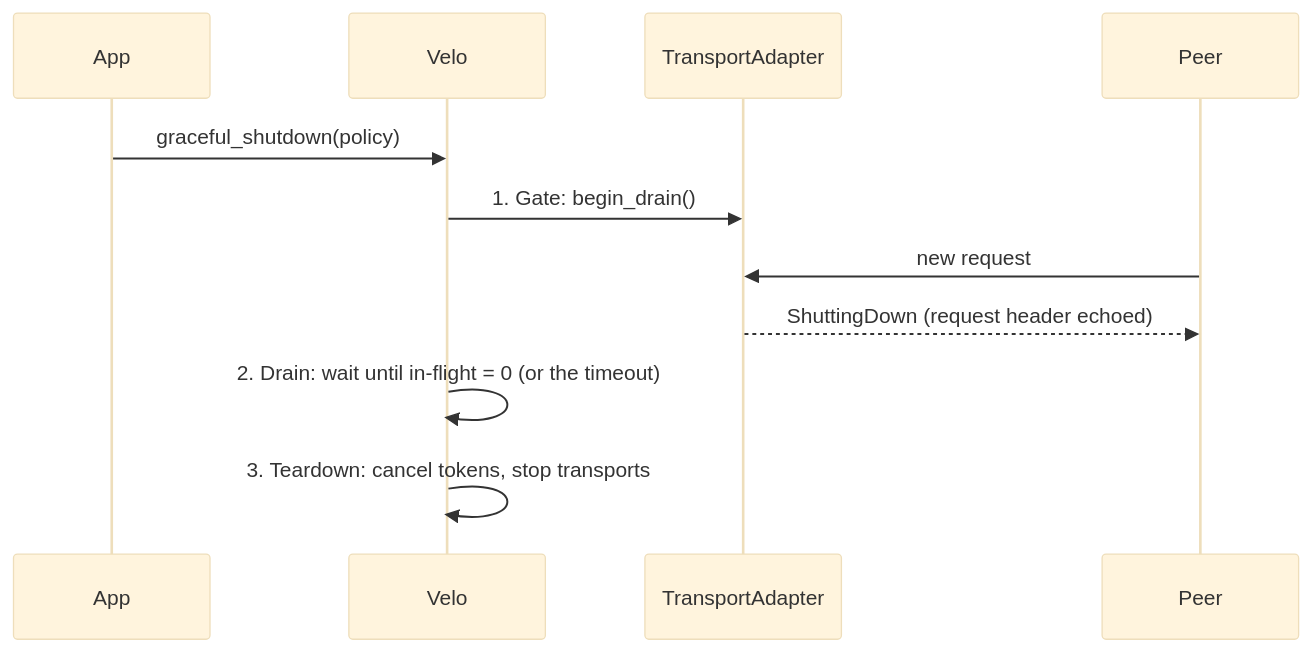
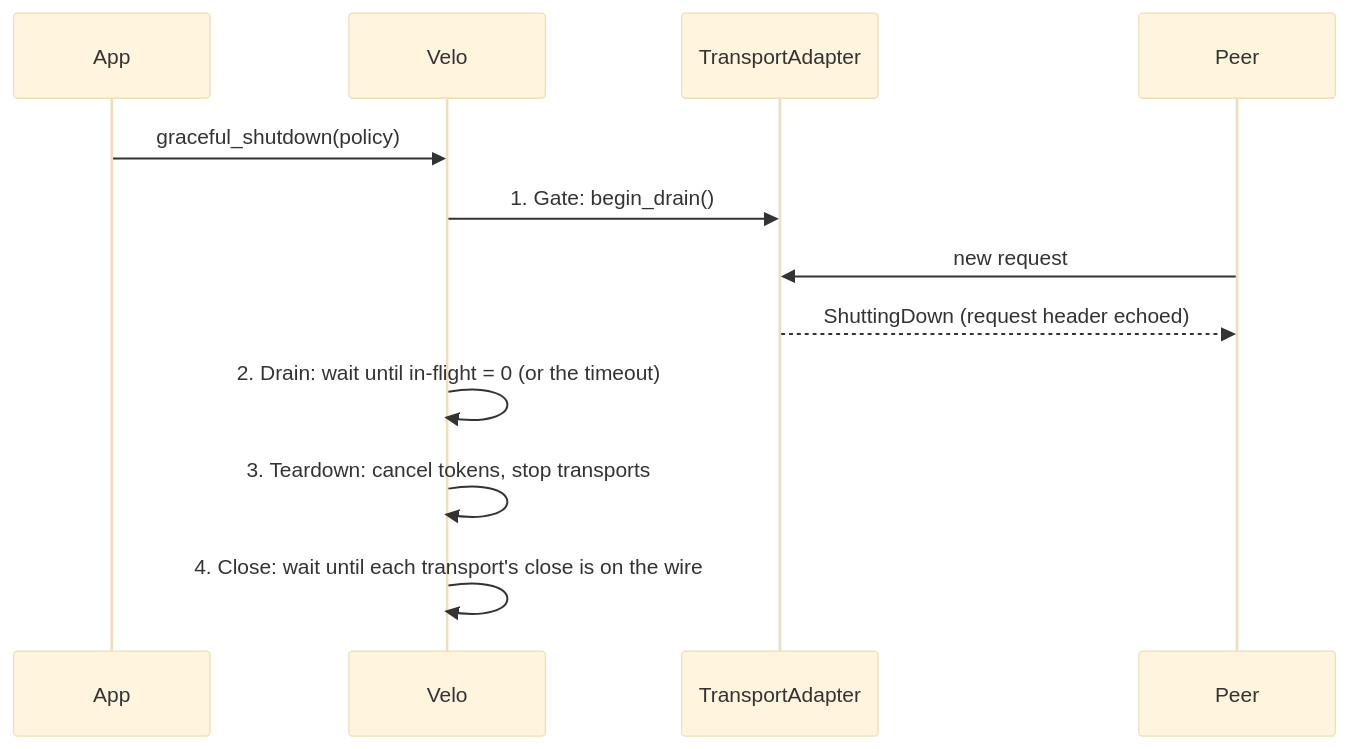
One commit to ai-dynamo/velo changed the diagram in docs/src/concepts/shutdown.md. Above: the diagram before and after it, drawn with Mermaid (base theme). The commit also changed other lines of this file and 46 other files, not shown here.

````diff
--- a/docs/src/concepts/shutdown.md
+++ b/docs/src/concepts/shutdown.md
@@ -5,13 +5,14 @@
 ```mermaid
 sequenceDiagram
     participant App
     participant Velo
     participant Adapter as TransportAdapter
     participant Peer
     App->>Velo: graceful_shutdown(policy)
     Velo->>Adapter: 1. Gate: begin_drain()
     Peer->>Adapter: new request
     Adapter-->>Peer: ShuttingDown (request header echoed)
     Velo->>Velo: 2. Drain: wait until in-flight = 0 (or the timeout)
     Velo->>Velo: 3. Teardown: cancel tokens, stop transports
+    Velo->>Velo: 4. Close: wait until each transport's close is on the wire
 ```
````
